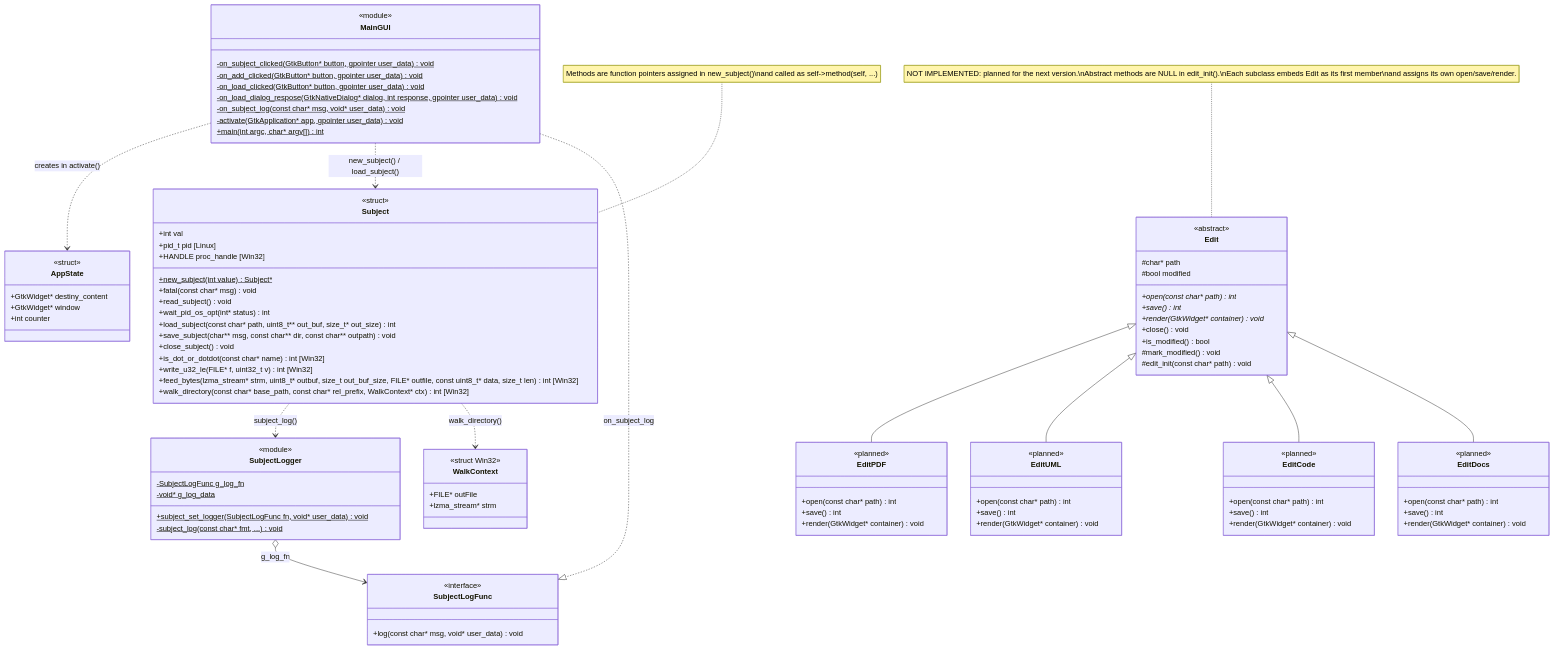
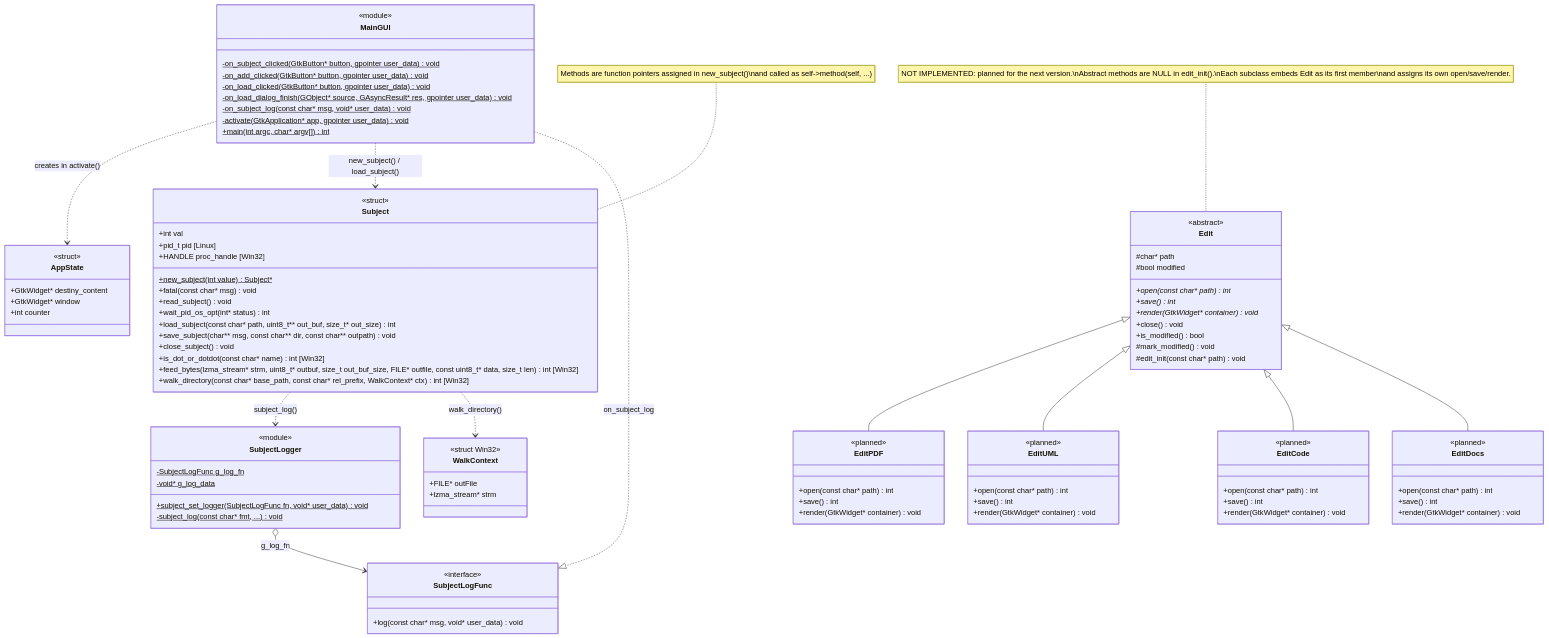
The diagram in docs/class_diagram.md (cristalmirror/StudyStudio), drawn with Mermaid before and after one commit. The commit also changed other lines of this file and 3 other files, not shown here.

```diff
--- a/docs/class_diagram.md
+++ b/docs/class_diagram.md
@@ -23,7 +23,7 @@
         -on_subject_clicked(GtkButton* button, gpointer user_data)$ void
         -on_add_clicked(GtkButton* button, gpointer user_data)$ void
         -on_load_clicked(GtkButton* button, gpointer user_data)$ void
-        -on_load_dialog_respose(GtkNativeDialog* dialog, int response, gpointer user_data)$ void
+        -on_load_dialog_finish(GObject* source, GAsyncResult* res, gpointer user_data)$ void
         -on_subject_log(const char* msg, void* user_data)$ void
         -activate(GtkApplication* app, gpointer user_data)$ void
         +main(int argc, char* argv[])$ int
@@ -62,7 +62,6 @@
         +save_subject(char** msg, const char** dir, const char** outpath) void
         +close_subject() void
         +is_dot_or_dotdot(const char* name) int [Win32]
-        +write_u32_le(FILE* f, uint32_t v) int [Win32]
         +feed_bytes(lzma_stream* strm, uint8_t* outbuf, size_t out_buf_size, FILE* outfile, const uint8_t* data, size_t len) int [Win32]
         +walk_directory(const char* base_path, const char* rel_prefix, WalkContext* ctx) int [Win32]
     }
```
